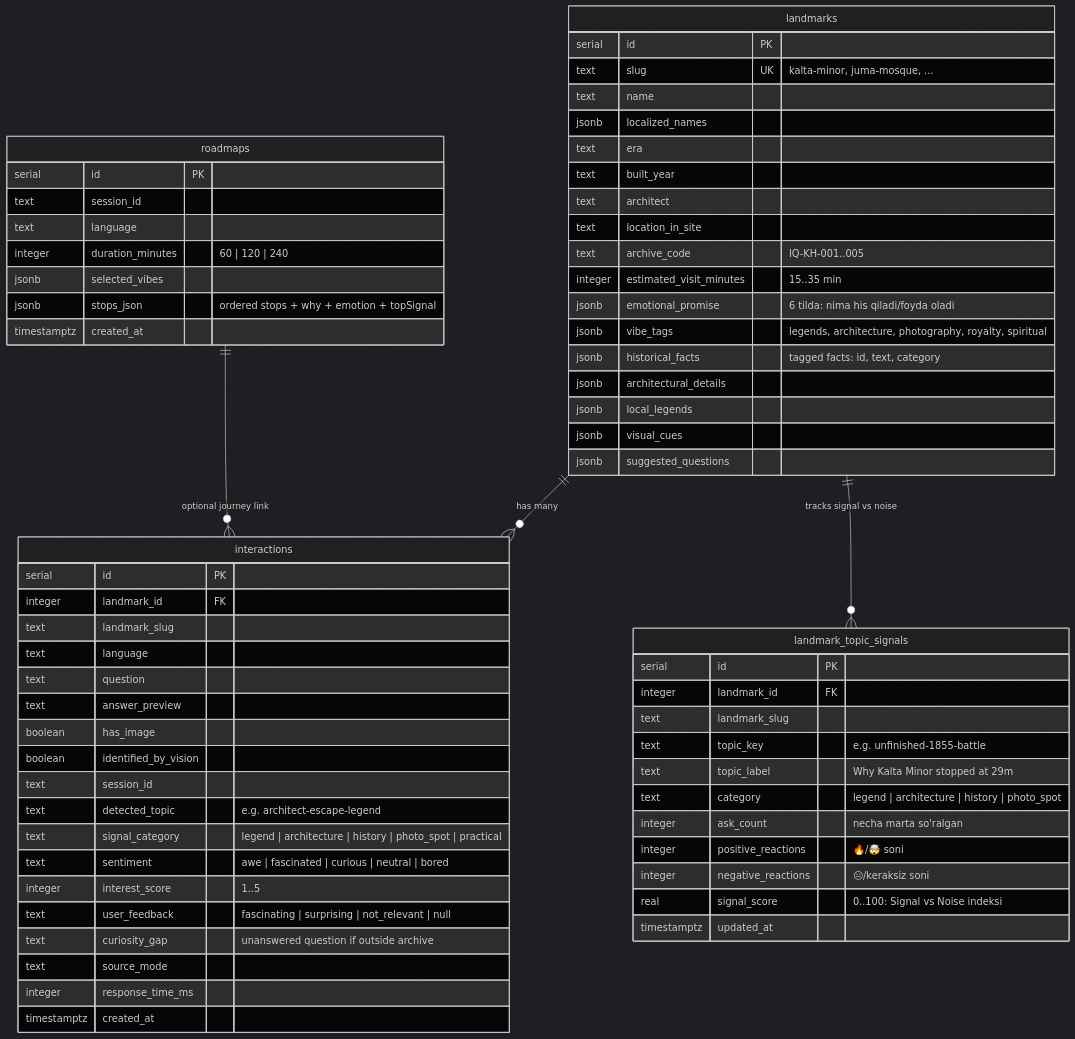
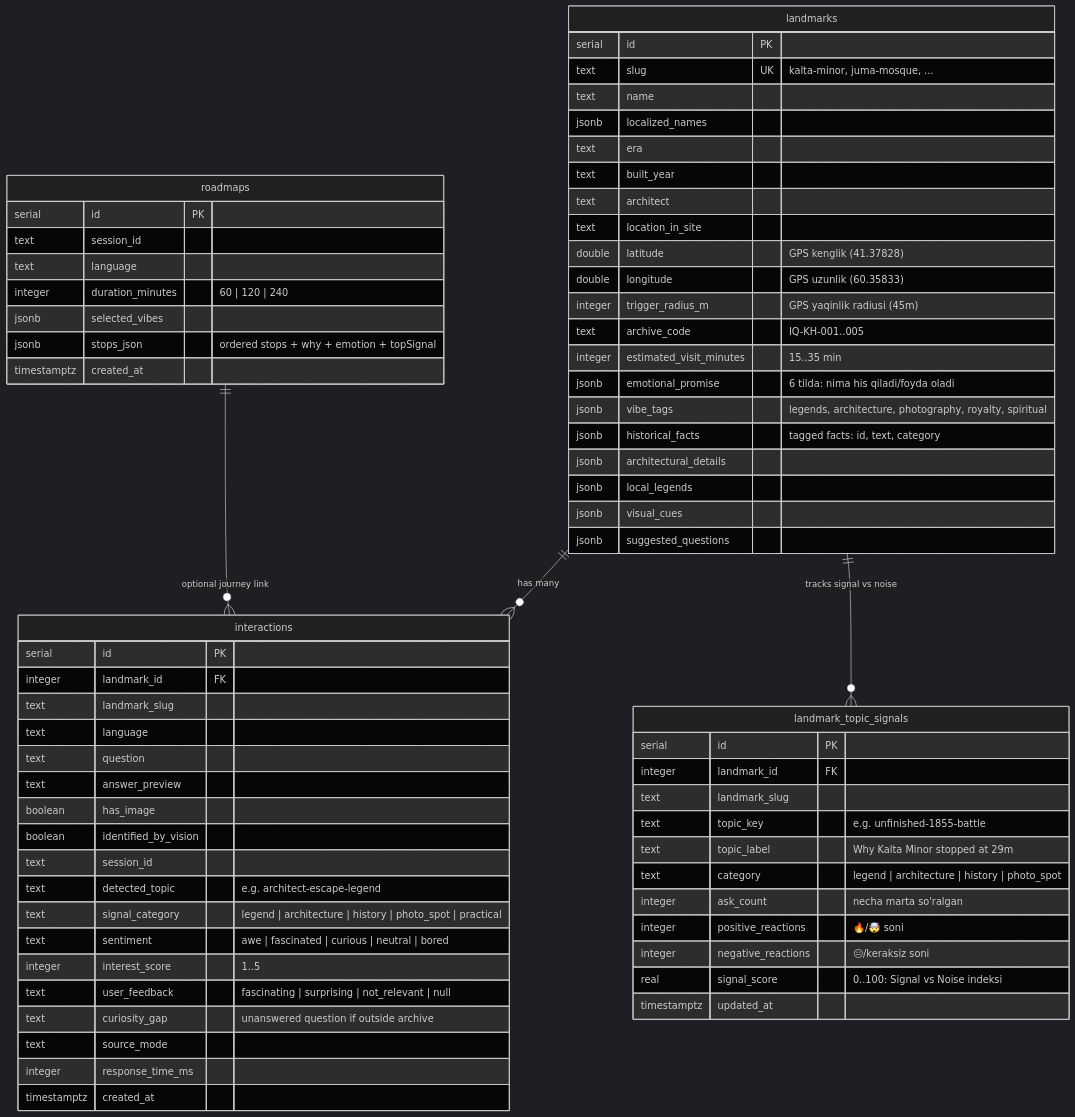
The third of 3 diagrams in documentation/ARCHITECTURE.md (sfarruhbek/SmartGuide), drawn with Mermaid (dark theme) before and after one commit. The commit also changed other lines of this file and 11 other files, not shown here.

````diff
--- a/documentation/ARCHITECTURE.md
+++ b/documentation/ARCHITECTURE.md
@@ -83,71 +89,74 @@
 ```mermaid
 erDiagram
     landmarks ||--o{ interactions : "has many"
     landmarks ||--o{ landmark_topic_signals : "tracks signal vs noise"
     roadmaps ||--o{ interactions : "optional journey link"
 
     landmarks {
         serial id PK
         text slug UK "kalta-minor, juma-mosque, ..."
         text name
         jsonb localized_names
         text era
         text built_year
         text architect
         text location_in_site
+        double latitude "GPS kenglik (41.37828)"
+        double longitude "GPS uzunlik (60.35833)"
+        integer trigger_radius_m "GPS yaqinlik radiusi (45m)"
         text archive_code "IQ-KH-001..005"
         integer estimated_visit_minutes "15..35 min"
         jsonb emotional_promise "6 tilda: nima his qiladi/foyda oladi"
         jsonb vibe_tags "legends, architecture, photography, royalty, spiritual"
         jsonb historical_facts "tagged facts: id, text, category"
         jsonb architectural_details
         jsonb local_legends
         jsonb visual_cues
         jsonb suggested_questions
     }
 
     roadmaps {
         serial id PK
         text session_id
         text language
         integer duration_minutes "60 | 120 | 240"
         jsonb selected_vibes
         jsonb stops_json "ordered stops + why + emotion + topSignal"
         timestamptz created_at
     }
 
     interactions {
         serial id PK
         integer landmark_id FK
         text landmark_slug
         text language
         text question
         text answer_preview
         boolean has_image
         boolean identified_by_vision
         text session_id
         text detected_topic "e.g. architect-escape-legend"
         text signal_category "legend | architecture | history | photo_spot | practical"
         text sentiment "awe | fascinated | curious | neutral | bored"
         integer interest_score "1..5"
         text user_feedback "fascinating | surprising | not_relevant | null"
         text curiosity_gap "unanswered question if outside archive"
         text source_mode
         integer response_time_ms
         timestamptz created_at
     }
 
     landmark_topic_signals {
         serial id PK
         integer landmark_id FK
         text landmark_slug
         text topic_key "e.g. unfinished-1855-battle"
         text topic_label "Why Kalta Minor stopped at 29m"
         text category "legend | architecture | history | photo_spot"
         integer ask_count "necha marta so'ralgan"
         integer positive_reactions "🔥/🤯 soni"
         integer negative_reactions "😐/keraksiz soni"
         real signal_score "0..100: Signal vs Noise indeksi"
         timestamptz updated_at
     }
 ```
````
